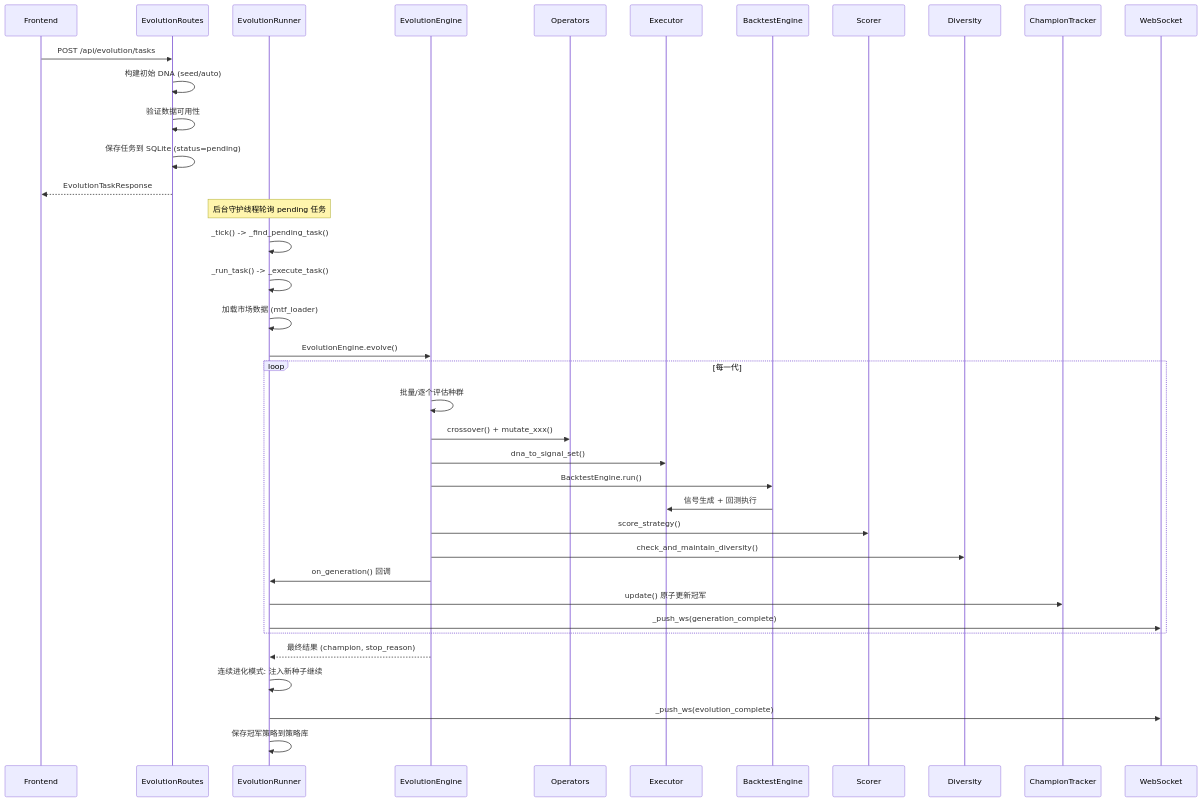
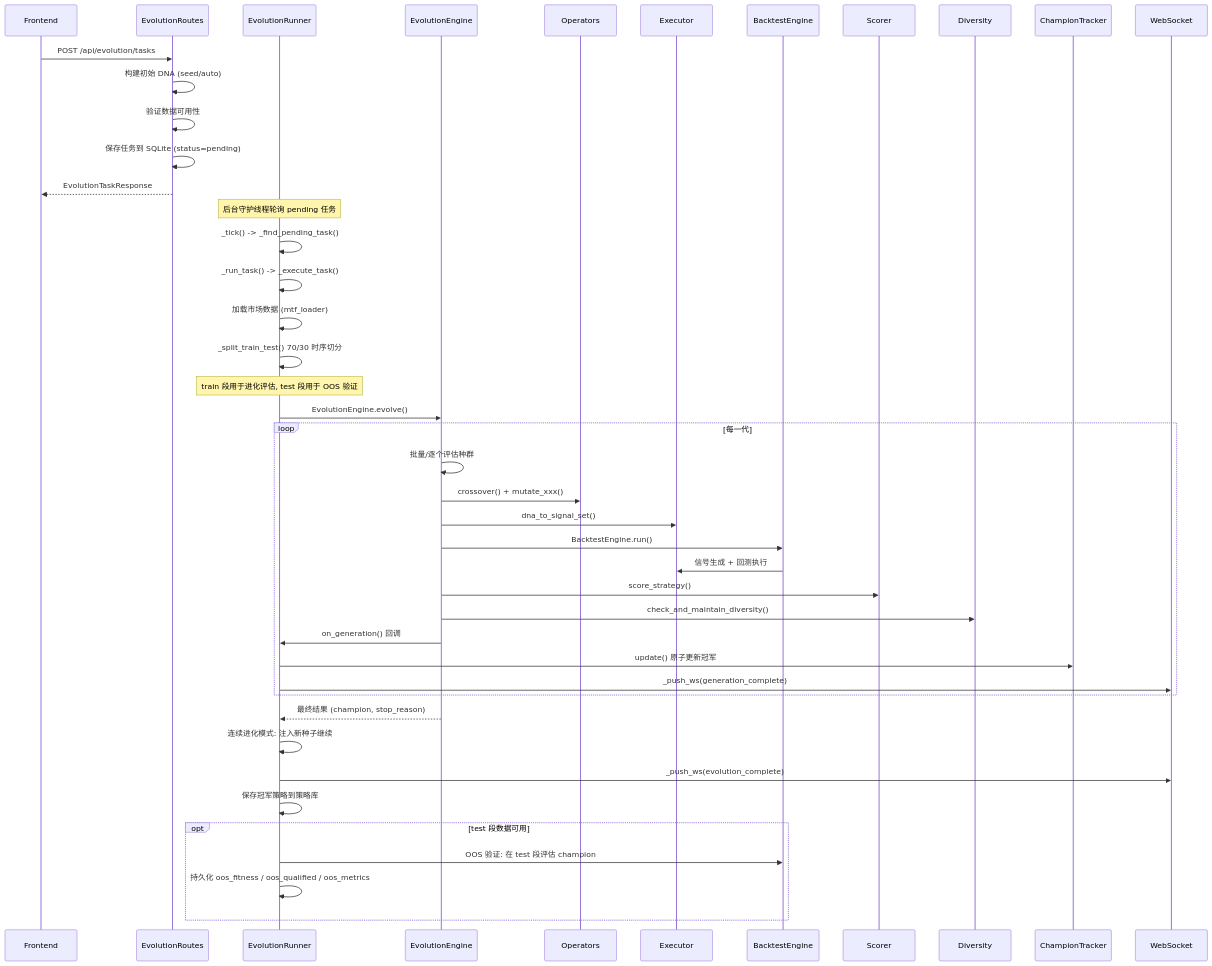
One commit to shishan444/MyQuant- changed the diagram in docs/backend/flows/策略进化流程.md. Above: the diagram before and after it, drawn with Mermaid. The commit also changed other lines of this file and 129 other files, not shown here.

````diff
--- a/docs/backend/flows/策略进化流程.md
+++ b/docs/backend/flows/策略进化流程.md
@@ -14,44 +14,50 @@
 ```mermaid
 sequenceDiagram
     participant Frontend
     participant EvolutionRoutes
     participant EvolutionRunner
     participant EvolutionEngine
     participant Operators
     participant Executor
     participant BacktestEngine
     participant Scorer
     participant Diversity
     participant ChampionTracker
     participant WebSocket
 
     Frontend->>EvolutionRoutes: POST /api/evolution/tasks
     EvolutionRoutes->>EvolutionRoutes: 构建初始 DNA (seed/auto)
     EvolutionRoutes->>EvolutionRoutes: 验证数据可用性
     EvolutionRoutes->>EvolutionRoutes: 保存任务到 SQLite (status=pending)
     EvolutionRoutes-->>Frontend: EvolutionTaskResponse
 
     Note over EvolutionRunner: 后台守护线程轮询 pending 任务
     EvolutionRunner->>EvolutionRunner: _tick() -> _find_pending_task()
     EvolutionRunner->>EvolutionRunner: _run_task() -> _execute_task()
     EvolutionRunner->>EvolutionRunner: 加载市场数据 (mtf_loader)
+    EvolutionRunner->>EvolutionRunner: _split_train_test() 70/30 时序切分
+    Note over EvolutionRunner: train 段用于进化评估, test 段用于 OOS 验证
     EvolutionRunner->>EvolutionEngine: EvolutionEngine.evolve()
 
     loop 每一代
         EvolutionEngine->>EvolutionEngine: 批量/逐个评估种群
         EvolutionEngine->>Operators: crossover() + mutate_xxx()
         EvolutionEngine->>Executor: dna_to_signal_set()
         EvolutionEngine->>BacktestEngine: BacktestEngine.run()
         BacktestEngine->>Executor: 信号生成 + 回测执行
         EvolutionEngine->>Scorer: score_strategy()
         EvolutionEngine->>Diversity: check_and_maintain_diversity()
         EvolutionEngine->>EvolutionRunner: on_generation() 回调
         EvolutionRunner->>ChampionTracker: update() 原子更新冠军
         EvolutionRunner->>WebSocket: _push_ws(generation_complete)
     end
 
     EvolutionEngine-->>EvolutionRunner: 最终结果 (champion, stop_reason)
     EvolutionRunner->>EvolutionRunner: 连续进化模式: 注入新种子继续
     EvolutionRunner->>WebSocket: _push_ws(evolution_complete)
     EvolutionRunner->>EvolutionRunner: 保存冠军策略到策略库
+    opt test 段数据可用
+        EvolutionRunner->>BacktestEngine: OOS 验证: 在 test 段评估 champion
+        EvolutionRunner->>EvolutionRunner: 持久化 oos_fitness / oos_qualified / oos_metrics
+    end
 ```
````
